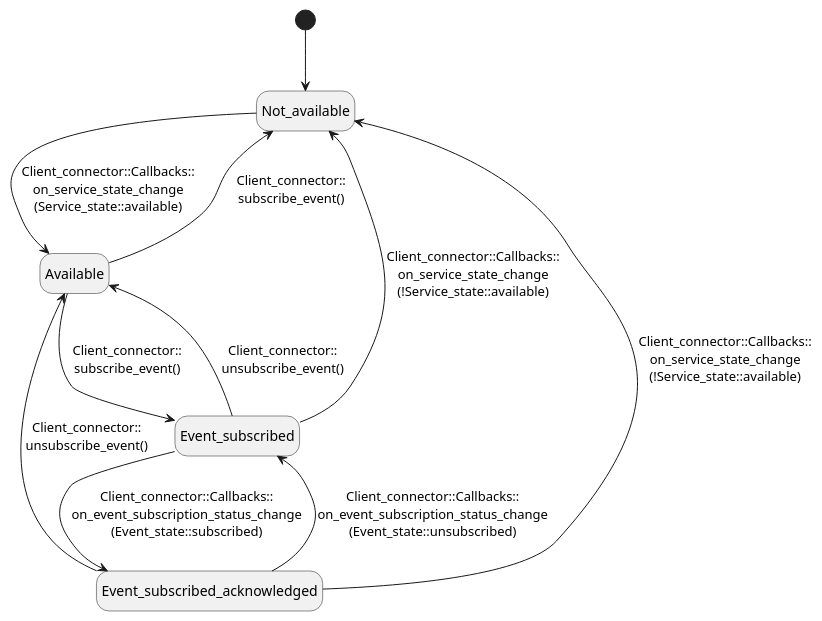
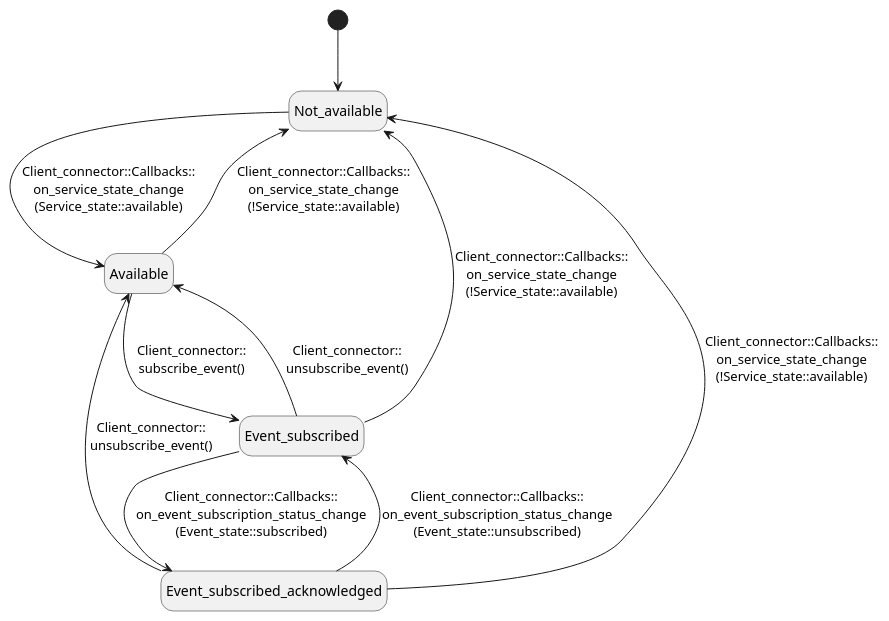
Before and after one commit to eclipse-score/inc_someip_gateway: the diagram in src/socom/doc/design/models/state_diagram_event_subscription_state.puml, drawn with PlantUML.

Commit message:
fix state transition trigger
switch to Not_available happens when Callback gets called

```diff
--- a/src/socom/doc/design/models/state_diagram_event_subscription_state.puml
+++ b/src/socom/doc/design/models/state_diagram_event_subscription_state.puml
@@ -14,22 +14,22 @@
 @startuml
 hide empty description
 
 state Not_available
 state Available
 state Event_subscribed
 state Event_subscribed_acknowledged
 
 [*] --> Not_available
 Not_available --> Available: Client_connector::Callbacks::\non_service_state_change\n(Service_state::available)
 
-Available --> Not_available: Client_connector::\nsubscribe_event()
+Available --> Not_available: Client_connector::Callbacks::\non_service_state_change\n(!Service_state::available)
 Available --> Event_subscribed: Client_connector::\nsubscribe_event()
 
 Event_subscribed --> Available: Client_connector::\nunsubscribe_event()
 Event_subscribed --> Event_subscribed_acknowledged: Client_connector::Callbacks::\non_event_subscription_status_change\n(Event_state::subscribed)
 Event_subscribed --> Not_available: Client_connector::Callbacks::\non_service_state_change\n(!Service_state::available)
 
 Event_subscribed_acknowledged --> Available: Client_connector::\nunsubscribe_event()
 Event_subscribed_acknowledged --> Event_subscribed: Client_connector::Callbacks::\non_event_subscription_status_change\n(Event_state::unsubscribed)
 Event_subscribed_acknowledged --> Not_available: Client_connector::Callbacks::\non_service_state_change\n(!Service_state::available)
 @enduml
```
